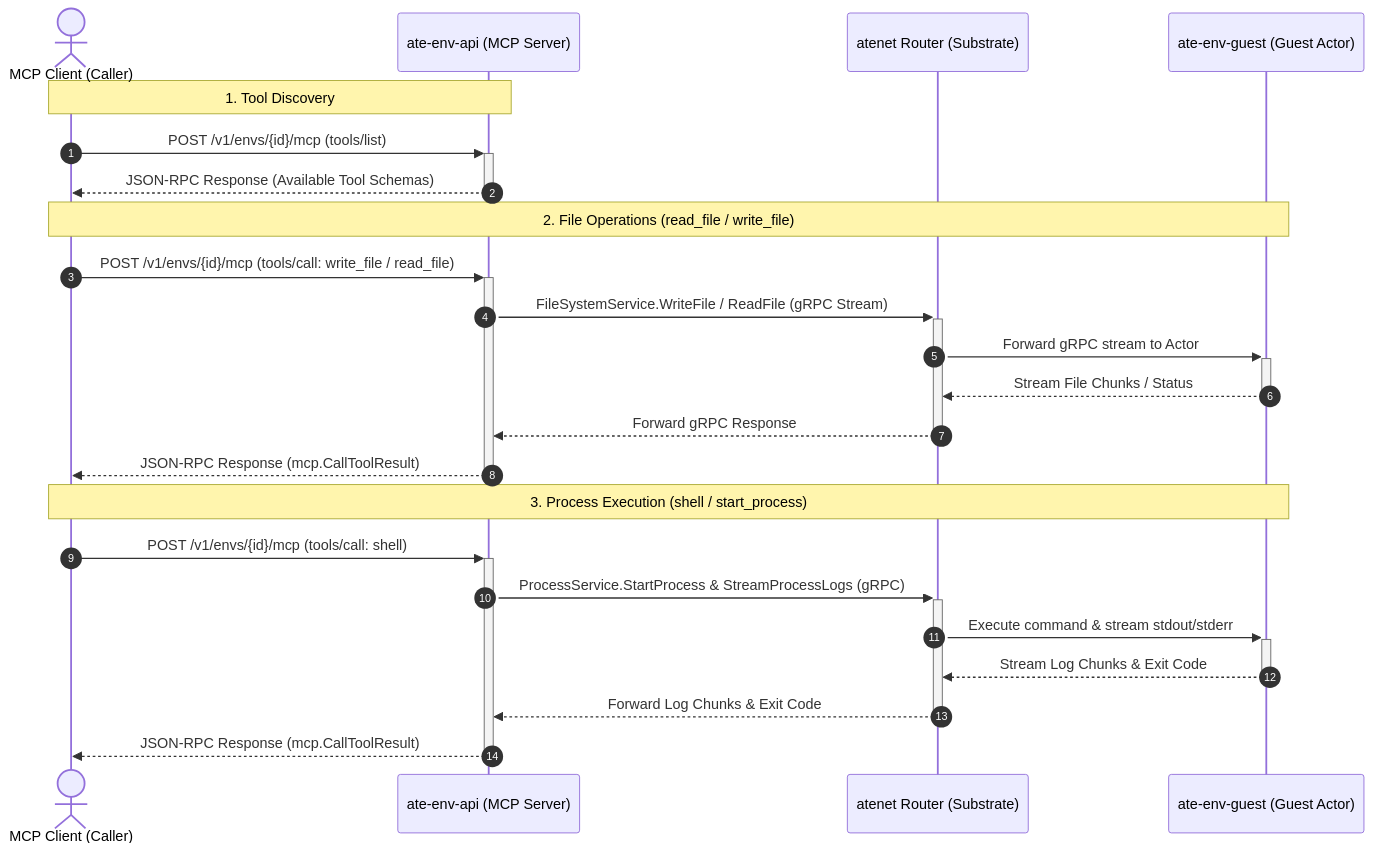
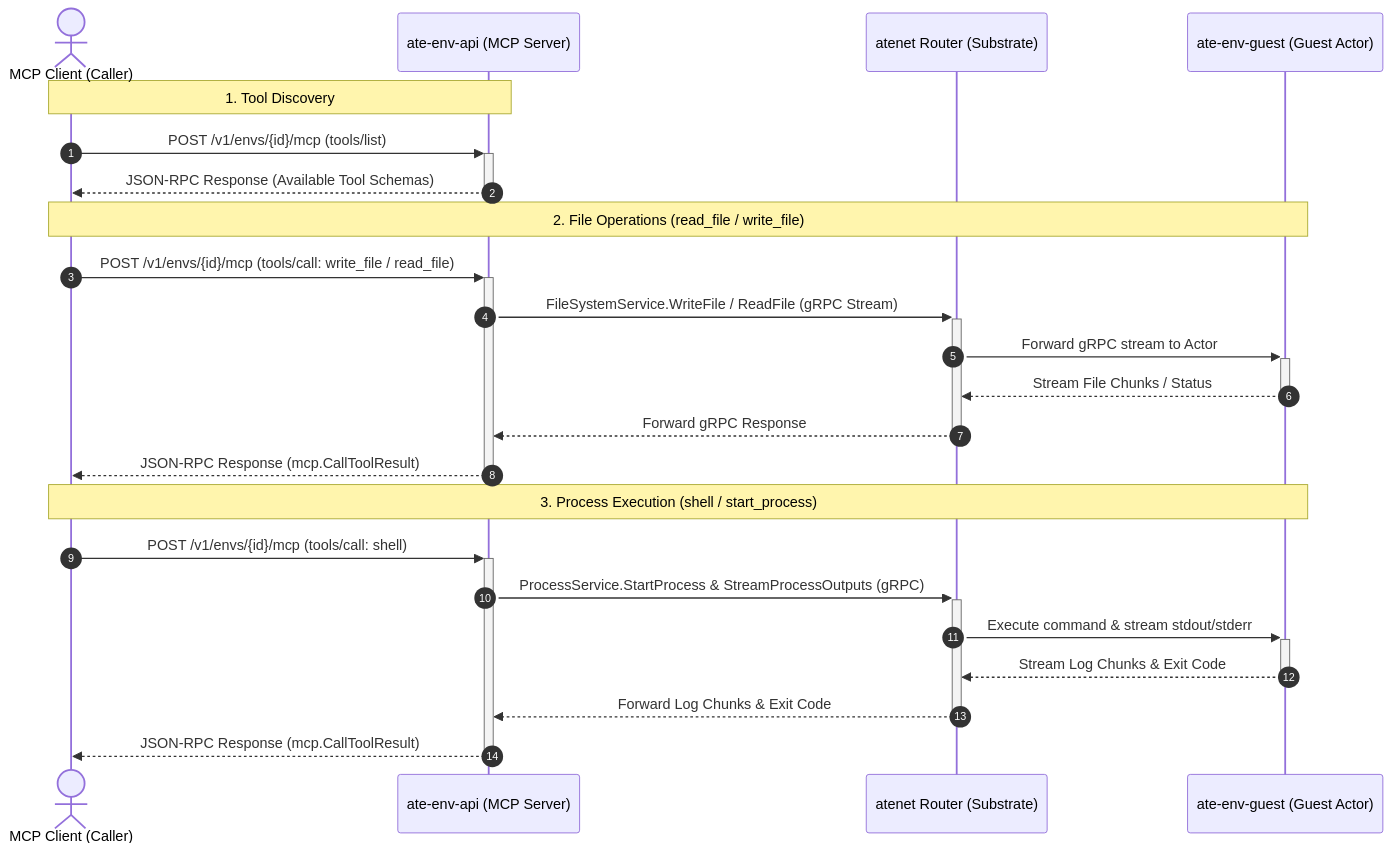
One commit to agent-substrate/env changed the diagram in examples/mcp/README.md. Above: the diagram before and after it, drawn with Mermaid. The commit also changed 1 other file, not shown here.

Commit message:
Update README to reflect latest state.

````diff
--- a/examples/mcp/README.md
+++ b/examples/mcp/README.md
@@ -11,28 +11,28 @@
 ```mermaid
 sequenceDiagram
     autonumber
     actor Client as MCP Client (Caller)
     participant API as ate-env-api (MCP Server)
     participant Router as atenet Router (Substrate)
     participant Guest as ate-env-guest (Guest Actor)
 
     Note over Client,API: 1. Tool Discovery
     Client->>+API: POST /v1/envs/{id}/mcp (tools/list)
     API-->>-Client: JSON-RPC Response (Available Tool Schemas)
 
     Note over Client,Guest: 2. File Operations (read_file / write_file)
     Client->>+API: POST /v1/envs/{id}/mcp (tools/call: write_file / read_file)
     API->>+Router: FileSystemService.WriteFile / ReadFile (gRPC Stream)
     Router->>+Guest: Forward gRPC stream to Actor
     Guest-->>-Router: Stream File Chunks / Status
     Router-->>-API: Forward gRPC Response
     API-->>-Client: JSON-RPC Response (mcp.CallToolResult)
 
     Note over Client,Guest: 3. Process Execution (shell / start_process)
     Client->>+API: POST /v1/envs/{id}/mcp (tools/call: shell)
-    API->>+Router: ProcessService.StartProcess & StreamProcessLogs (gRPC)
+    API->>+Router: ProcessService.StartProcess & StreamProcessOutputs (gRPC)
     Router->>+Guest: Execute command & stream stdout/stderr
     Guest-->>-Router: Stream Log Chunks & Exit Code
     Router-->>-API: Forward Log Chunks & Exit Code
     API-->>-Client: JSON-RPC Response (mcp.CallToolResult)
 ```
````
